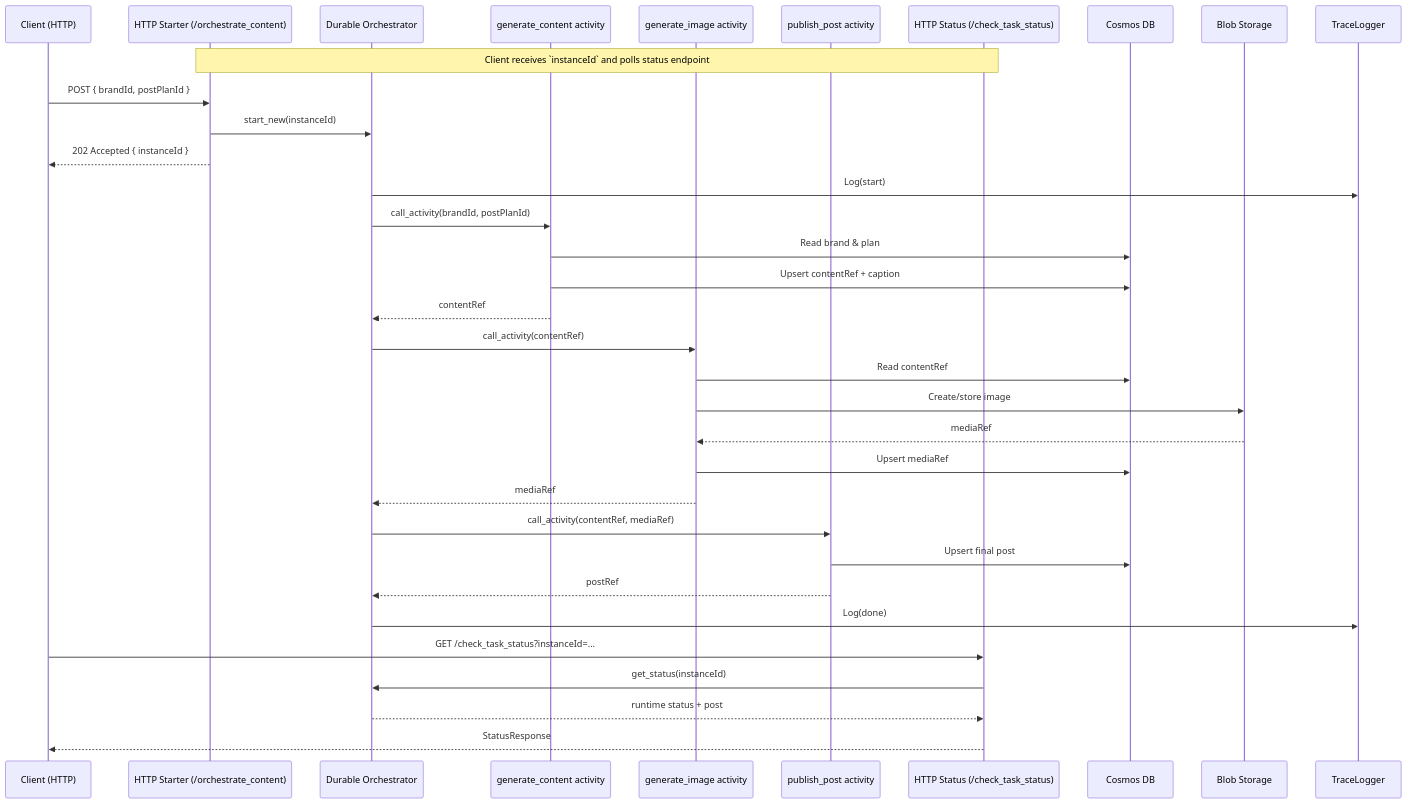
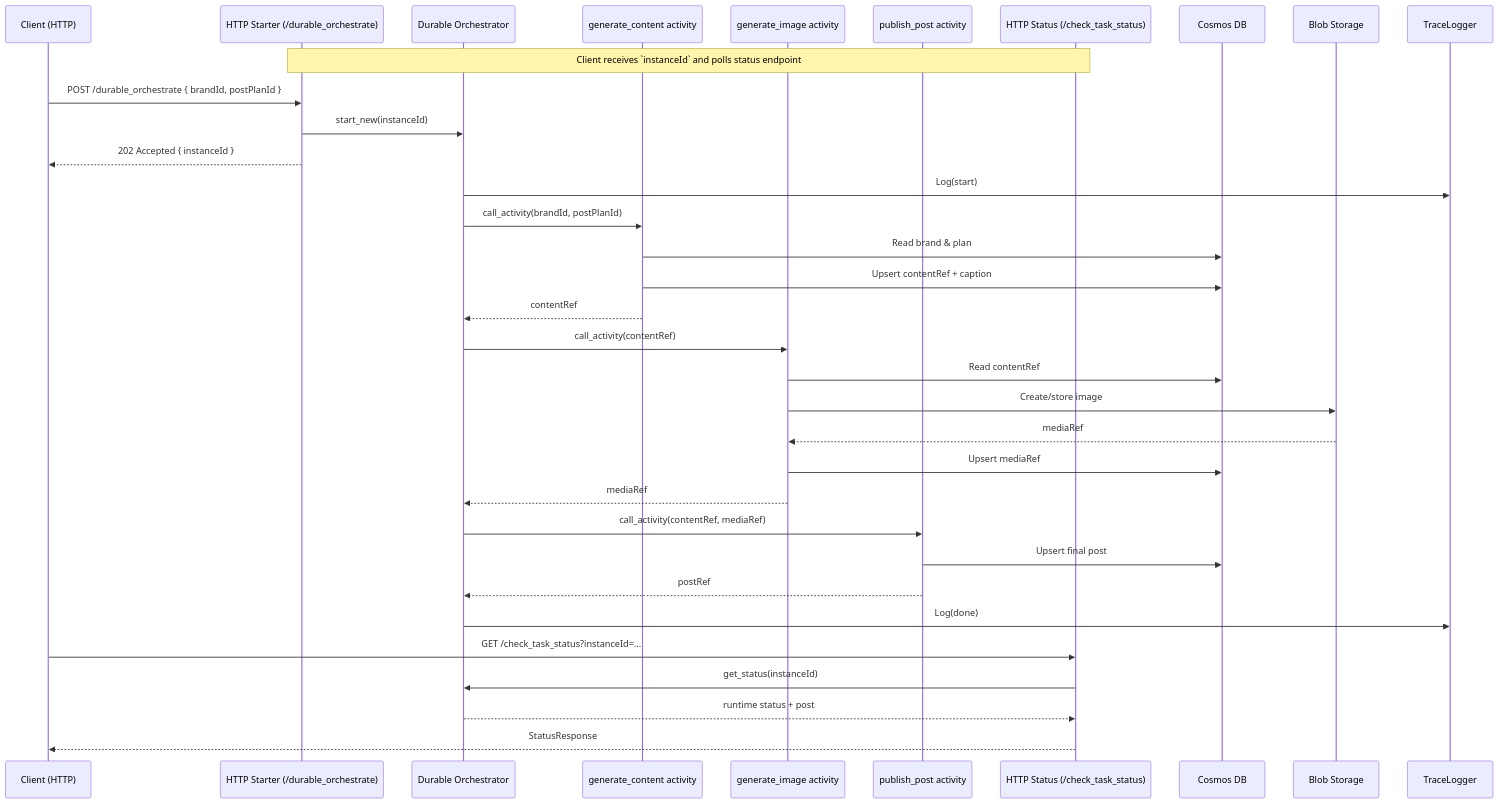
Before and after one commit to 1084-Ventures/autogensocial-agent: the diagram in diagrams/autogensocial_http_sequence.mmd, drawn with Mermaid. The commit also changed 8 other files, not shown here.

```diff
--- a/diagrams/autogensocial_http_sequence.mmd
+++ b/diagrams/autogensocial_http_sequence.mmd
@@ -1,44 +1,44 @@
 ---
 id: 16629962-bb60-4718-ad83-7da6c0705c9e
 ---
 
 sequenceDiagram
     participant Client as Client (HTTP)
-    participant Starter as HTTP Starter (/orchestrate_content)
+    participant Starter as HTTP Starter (/durable_orchestrate)
     participant Orchestrator as Durable Orchestrator
     participant Content as generate_content activity
     participant Image as generate_image activity
     participant Publish as publish_post activity
     participant Status as HTTP Status (/check_task_status)
     participant Cosmos as Cosmos DB
     participant Blob as Blob Storage
     participant Trace as TraceLogger
 
     Note over Starter,Status: Client receives `instanceId` and polls status endpoint
 
-    Client->>Starter: POST { brandId, postPlanId }
+    Client->>Starter: POST /durable_orchestrate { brandId, postPlanId }
     Starter->>Orchestrator: start_new(instanceId)
     Starter-->>Client: 202 Accepted { instanceId }
 
     Orchestrator->>Trace: Log(start)
     Orchestrator->>Content: call_activity(brandId, postPlanId)
     Content->>Cosmos: Read brand & plan
     Content->>Cosmos: Upsert contentRef + caption
     Content-->>Orchestrator: contentRef
 
     Orchestrator->>Image: call_activity(contentRef)
     Image->>Cosmos: Read contentRef
     Image->>Blob: Create/store image
     Blob-->>Image: mediaRef
     Image->>Cosmos: Upsert mediaRef
     Image-->>Orchestrator: mediaRef
 
     Orchestrator->>Publish: call_activity(contentRef, mediaRef)
     Publish->>Cosmos: Upsert final post
     Publish-->>Orchestrator: postRef
     Orchestrator->>Trace: Log(done)
 
     Client->>Status: GET /check_task_status?instanceId=...
     Status->>Orchestrator: get_status(instanceId)
     Orchestrator-->>Status: runtime status + post
     Status-->>Client: StatusResponse
```
